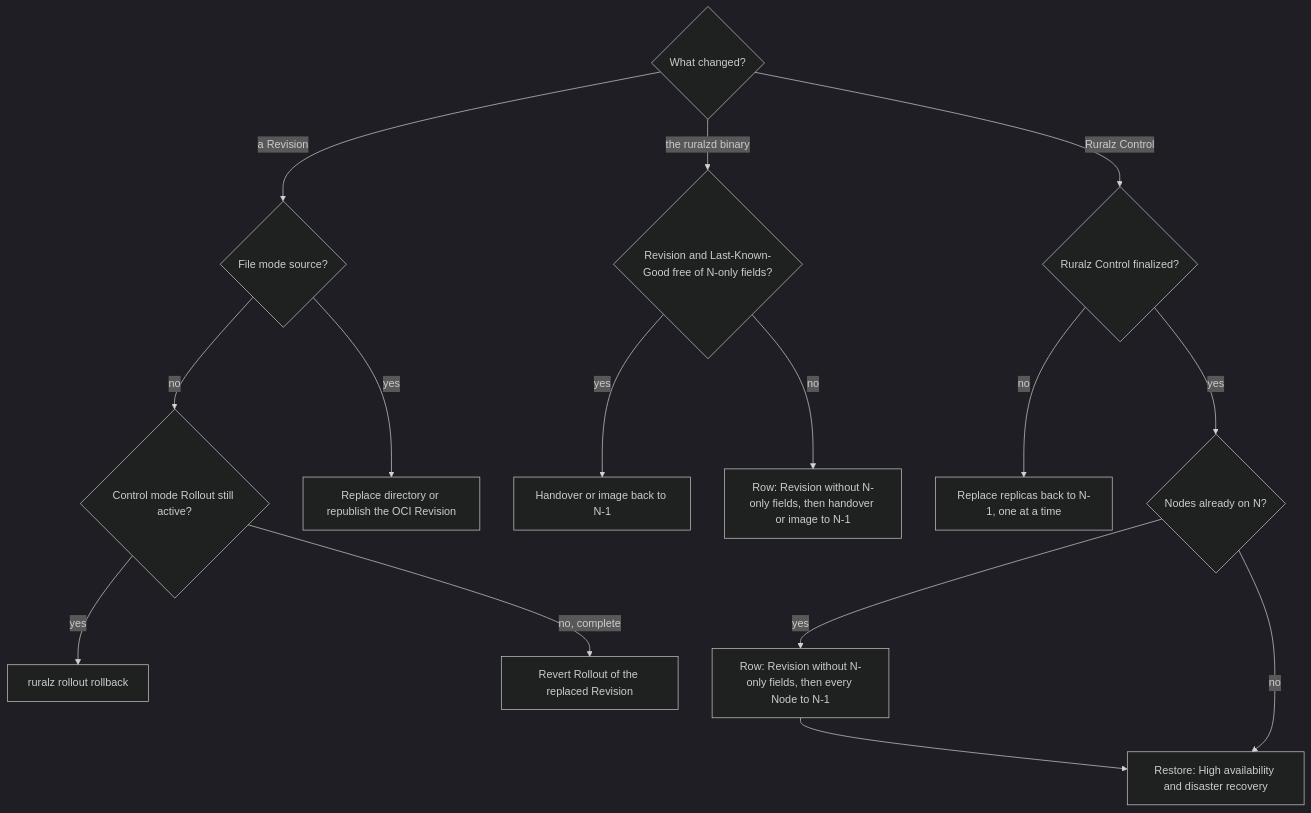
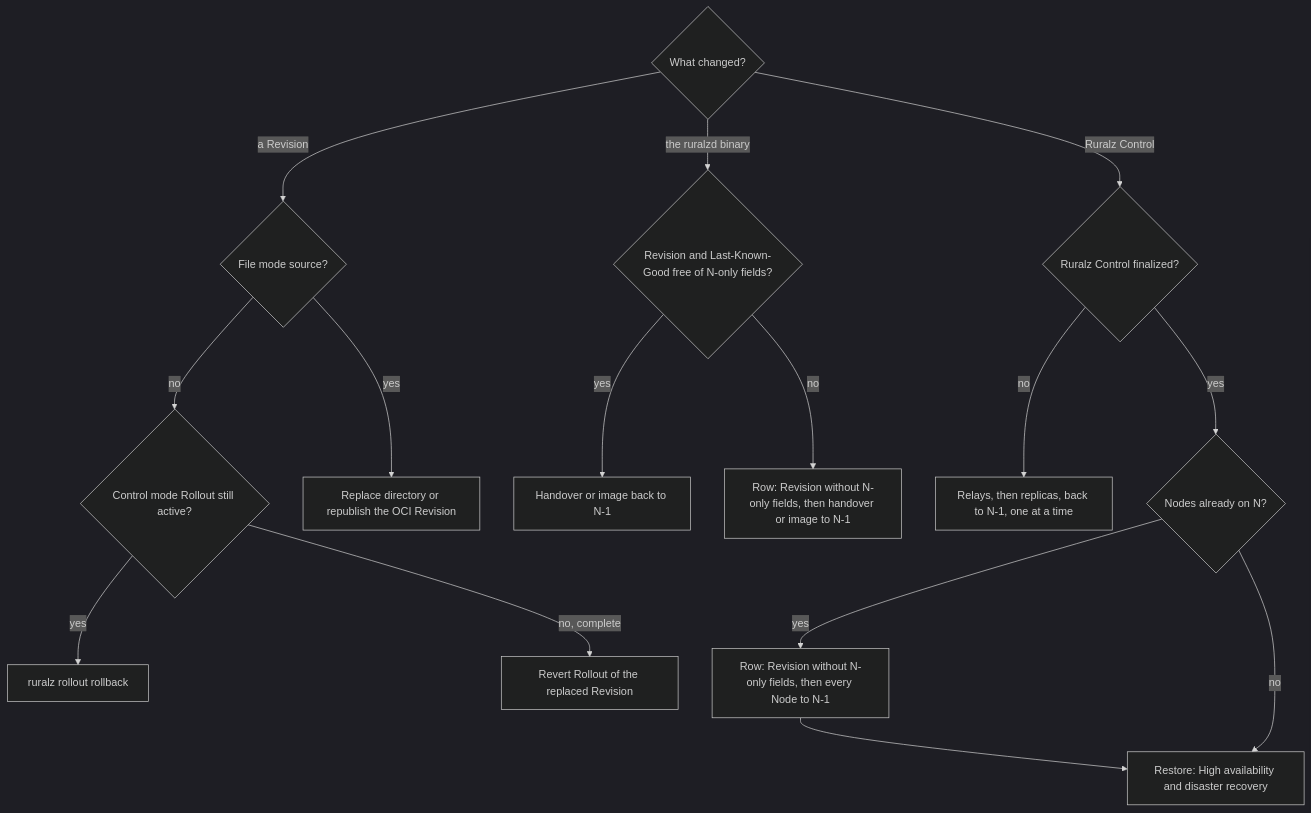
One commit to ravindu-rev/ruralz changed the fourth of 4 diagrams in docs/operations/02-zero-downtime-upgrades-and-hot-reload.md. Above: the diagram before and after it, drawn with Mermaid (dark theme). The commit also changed other lines of this file and 14 other files, not shown here.

````diff
--- a/docs/operations/02-zero-downtime-upgrades-and-hot-reload.md
+++ b/docs/operations/02-zero-downtime-upgrades-and-hot-reload.md
@@ -378,31 +393,31 @@
 ```mermaid
 flowchart TD
     q1{"What changed?"}
     q2{"Control mode Rollout still active?"}
     q3{"File mode source?"}
     q4{"Revision and Last-Known-Good free of N-only fields?"}
     q5{"Ruralz Control finalized?"}
     q6{"Nodes already on N?"}
     r1["ruralz rollout rollback"]
     r2["Revert Rollout of the replaced Revision"]
     r3["Replace directory or republish the OCI Revision"]
     r4["Handover or image back to N-1"]
     r5["Row: Revision without N-only fields, then handover or image to N-1"]
-    r6["Replace replicas back to N-1, one at a time"]
+    r6["Relays, then replicas, back to N-1, one at a time"]
     r8["Row: Revision without N-only fields, then every Node to N-1"]
     r7["Restore: High availability and disaster recovery"]
     q1 -- "a Revision" --> q3
     q3 -- "no" --> q2
     q3 -- "yes" --> r3
     q2 -- "yes" --> r1
     q2 -- "no, complete" --> r2
     q1 -- "the ruralzd binary" --> q4
     q4 -- "yes" --> r4
     q4 -- "no" --> r5
     q1 -- "Ruralz Control" --> q5
     q5 -- "no" --> r6
     q5 -- "yes" --> q6
     q6 -- "yes" --> r8
     r8 --> r7
     q6 -- "no" --> r7
 ```
````
